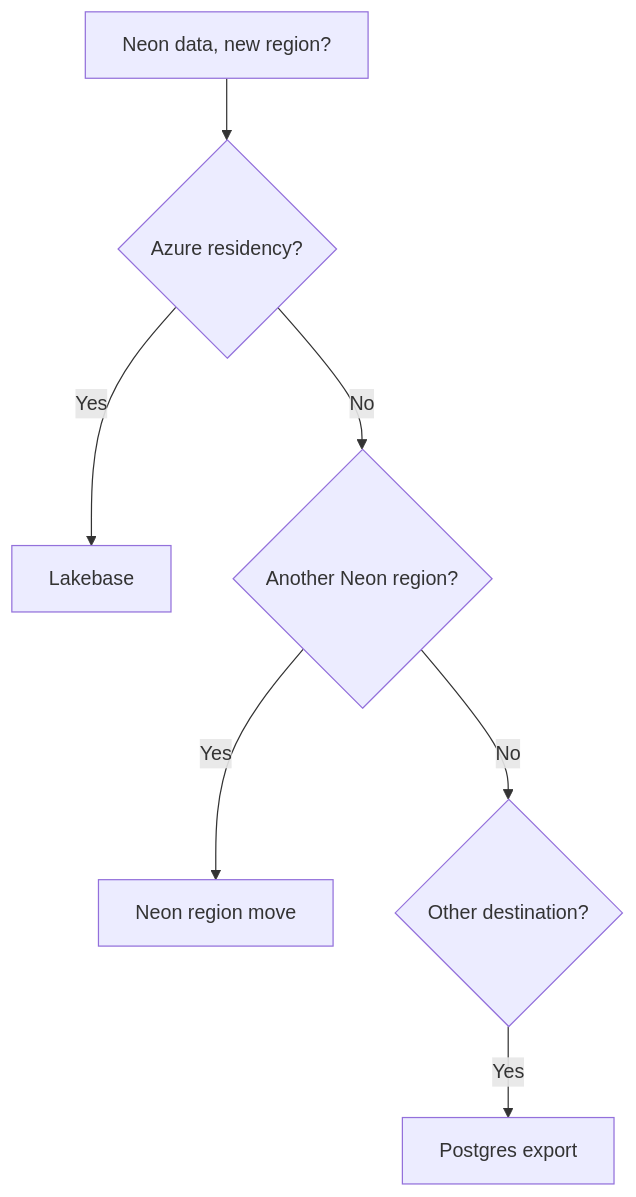
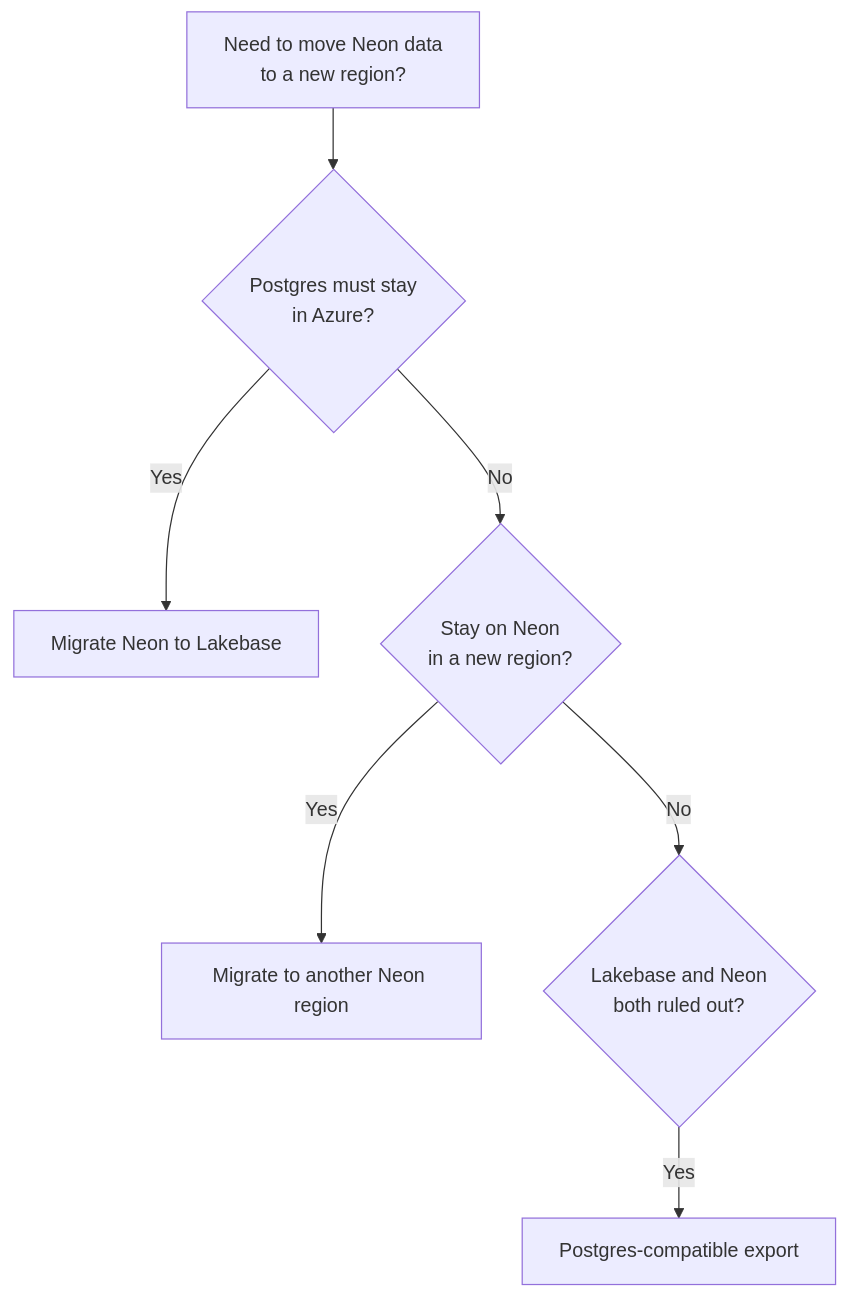
Before and after one commit to dhanushreddy291/neon-website: the diagram in content/docs/import/region-migration.md, drawn with Mermaid. The commit also changed other lines of this file and 1 other file, not shown here.

Commit message:
revisions

````diff
--- a/content/docs/import/region-migration.md
+++ b/content/docs/import/region-migration.md
@@ -33,17 +33,17 @@
 ```mermaid
 flowchart TD
-  start["Neon data, new region?"]
-  q1{"Azure residency?"}
-  lake["Lakebase"]
-  q2{"Another Neon region?"}
-  neon["Neon region move"]
-  q3{"Other destination?"}
-  exp["Postgres export"]
+  start["Need to move Neon data<br/>to a new region?"]
+  q1{"Postgres must stay<br/>in Azure?"}
+  lake["Migrate Neon to Lakebase"]
+  q2{"Stay on Neon<br/>in a new region?"}
+  neon["Migrate to another Neon region"]
+  q3{"Lakebase and Neon<br/>both ruled out?"}
+  exp["Postgres-compatible export"]
 
   start --> q1
   q1 -->|Yes| lake
   q1 -->|No| q2
   q2 -->|Yes| neon
   q2 -->|No| q3
   q3 -->|Yes| exp
 ```
````
